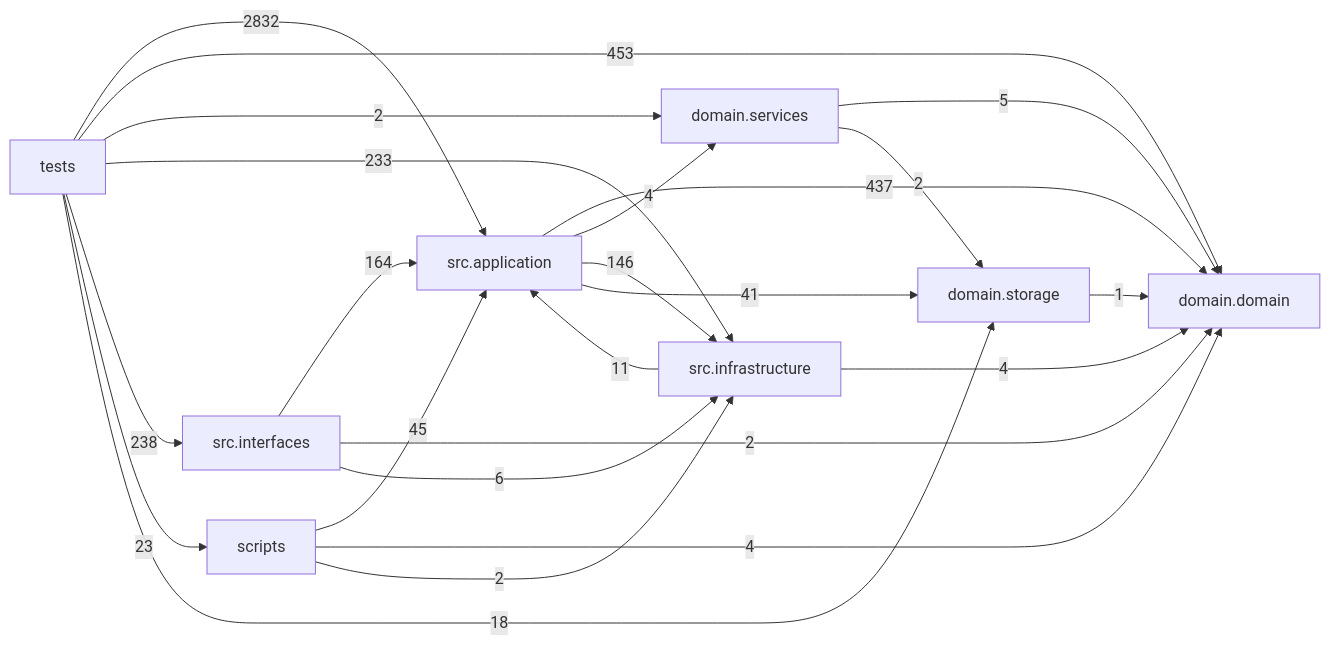
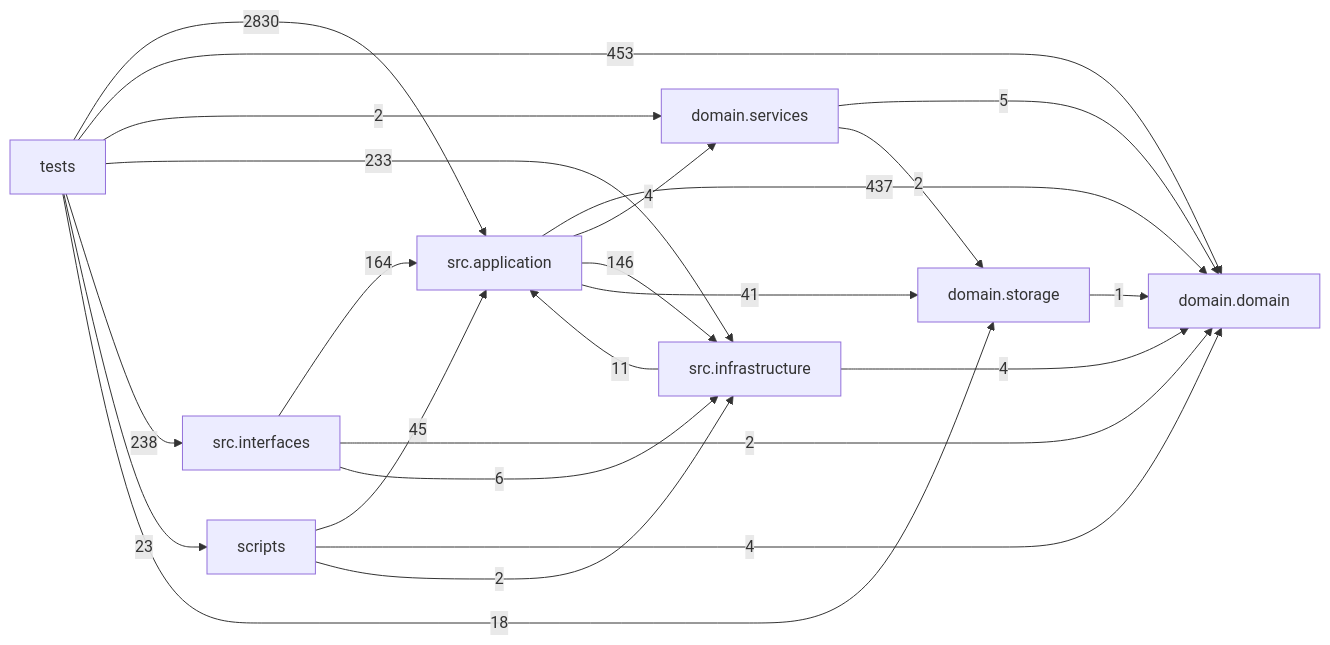
The diagram in docs/DEPENDENCY_GRAPH.md (liuxie066/options-monitor), drawn with Mermaid before and after one commit. The commit also changed other lines of this file, not shown here.

Commit message:
docs(architecture): refresh dependency graph

````diff
--- a/docs/DEPENDENCY_GRAPH.md
+++ b/docs/DEPENDENCY_GRAPH.md
@@ -24,33 +24,33 @@
 ```mermaid
 flowchart LR
   tests["tests"]
   scripts["scripts"]
   interfaces["src.interfaces"]
   application["src.application"]
   infrastructure["src.infrastructure"]
   domain_services["domain.services"]
   domain["domain.domain"]
   storage["domain.storage"]
   application -->|437| domain
   application -->|4| domain_services
   application -->|146| infrastructure
   application -->|41| storage
   domain_services -->|5| domain
   domain_services -->|2| storage
   infrastructure -->|11| application
   infrastructure -->|4| domain
   interfaces -->|164| application
   interfaces -->|2| domain
   interfaces -->|6| infrastructure
   scripts -->|45| application
   scripts -->|4| domain
   scripts -->|2| infrastructure
   storage -->|1| domain
-  tests -->|2832| application
+  tests -->|2830| application
   tests -->|453| domain
   tests -->|2| domain_services
   tests -->|233| infrastructure
   tests -->|238| interfaces
   tests -->|23| scripts
   tests -->|18| storage
 ```
````
